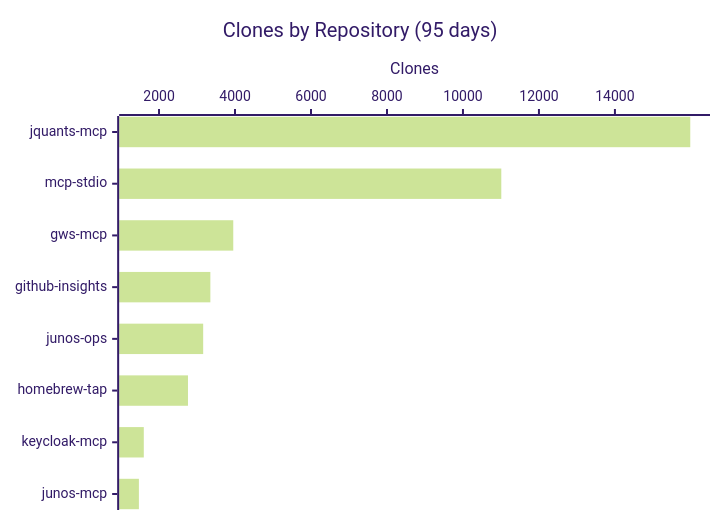
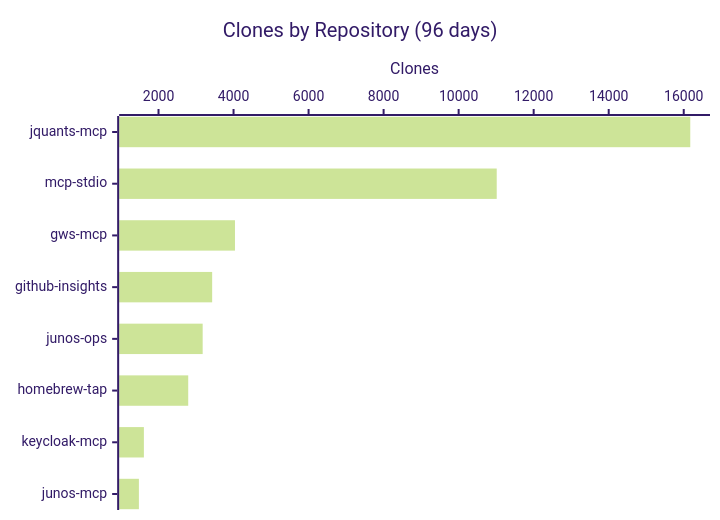
One commit to shigechika/github-insights changed the third of 3 diagrams in README.md. Above: the diagram before and after it, drawn with Mermaid (forest theme). The commit also changed other lines of this file and 2 other files, not shown here.

````diff
--- a/README.md
+++ b/README.md
@@ -43,7 +43,7 @@
 ```mermaid
 xychart-beta horizontal
-    title "Clones by Repository (95 days)"
+    title "Clones by Repository (96 days)"
     x-axis ["jquants-mcp", "mcp-stdio", "gws-mcp", "github-insights", "junos-ops", "homebrew-tap", "keycloak-mcp", "junos-mcp"]
     y-axis "Clones"
-    bar [15983, 11009, 3954, 3351, 3162, 2762, 1599, 1470]
+    bar [16174, 11015, 4038, 3430, 3177, 2792, 1610, 1477]
 ```
````
